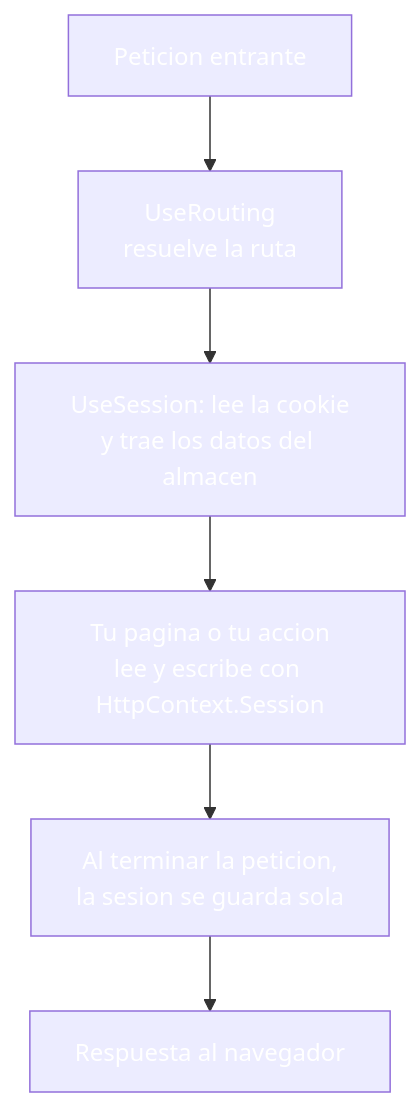
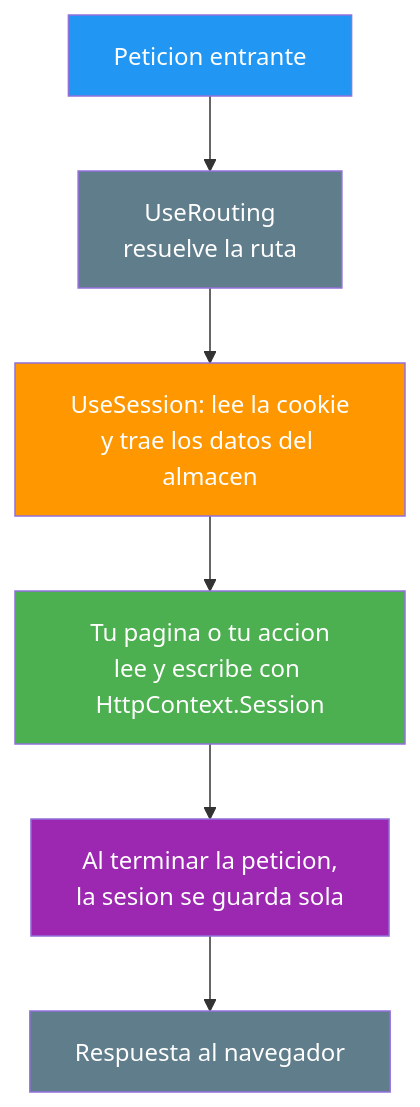
One commit to joseluisgs/DesarrolloWebEntornosServidor-03-2026-2027 changed the fifth of 7 diagrams in 18-cookies-sesiones-cliente.md. Above: the diagram before and after it, drawn with Mermaid. The commit also changed other lines of this file and 25 other files, not shown here.

Commit message:
docs: corregir los estilos Mermaid de los temas y alinear el dominio del tema 25 con ProductosApp

````diff
--- a/18-cookies-sesiones-cliente.md
+++ b/18-cookies-sesiones-cliente.md
@@ -450,14 +450,14 @@
 ```mermaid
 graph TD
     P["Peticion entrante"] --> R["UseRouting<br/>resuelve la ruta"]
     R --> C["UseSession: lee la cookie<br/>y trae los datos del almacen"]
     C --> T["Tu pagina o tu accion<br/>lee y escribe con HttpContext.Session"]
     T --> G["Al terminar la peticion,<br/>la sesion se guarda sola"]
     G --> S["Respuesta al navegador"]
-    style P fill:#2196F,color:#fff3,color:#fff
-    style R fill:#607D8,color:#fffB,color:#fff
-    style C fill:#FF980,color:#fff0,color:#fff
-    style T fill:#4CAF5,color:#fff0,color:#fff
-    style G fill:#9C27B,color:#fff0,color:#fff
-    style S fill:#607D8,color:#fffB,color:#fff
+    style P fill:#2196F3,color:#fff
+    style R fill:#607D8B,color:#fff
+    style C fill:#FF9800,color:#fff
+    style T fill:#4CAF50,color:#fff
+    style G fill:#9C27B0,color:#fff
+    style S fill:#607D8B,color:#fff
 ```
````
